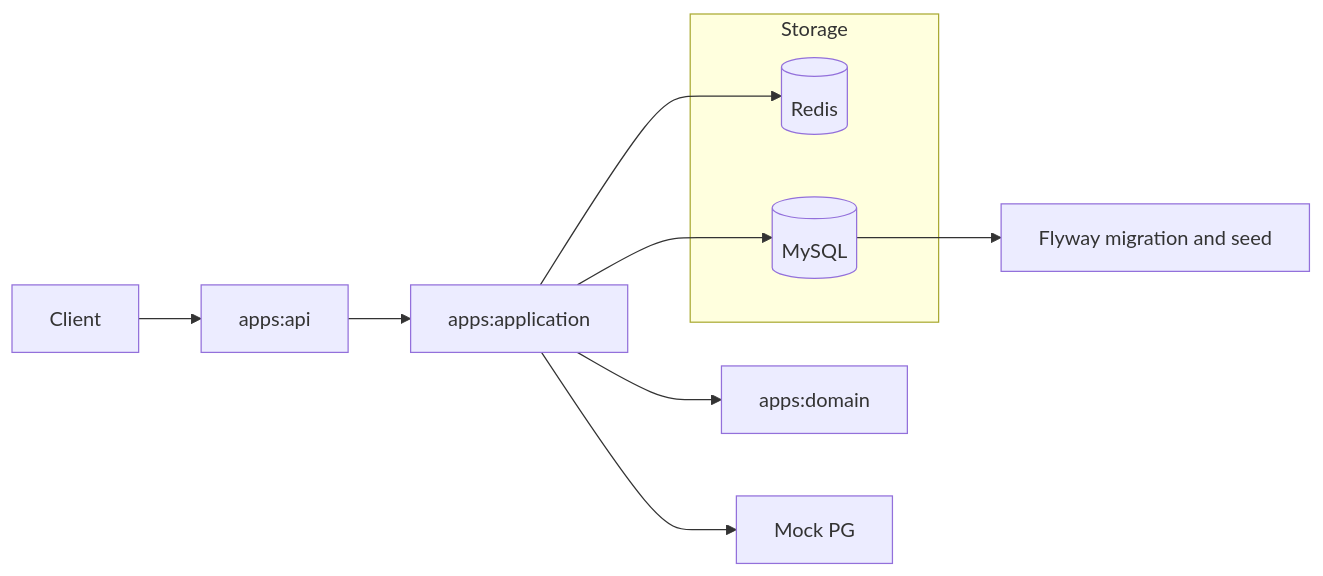
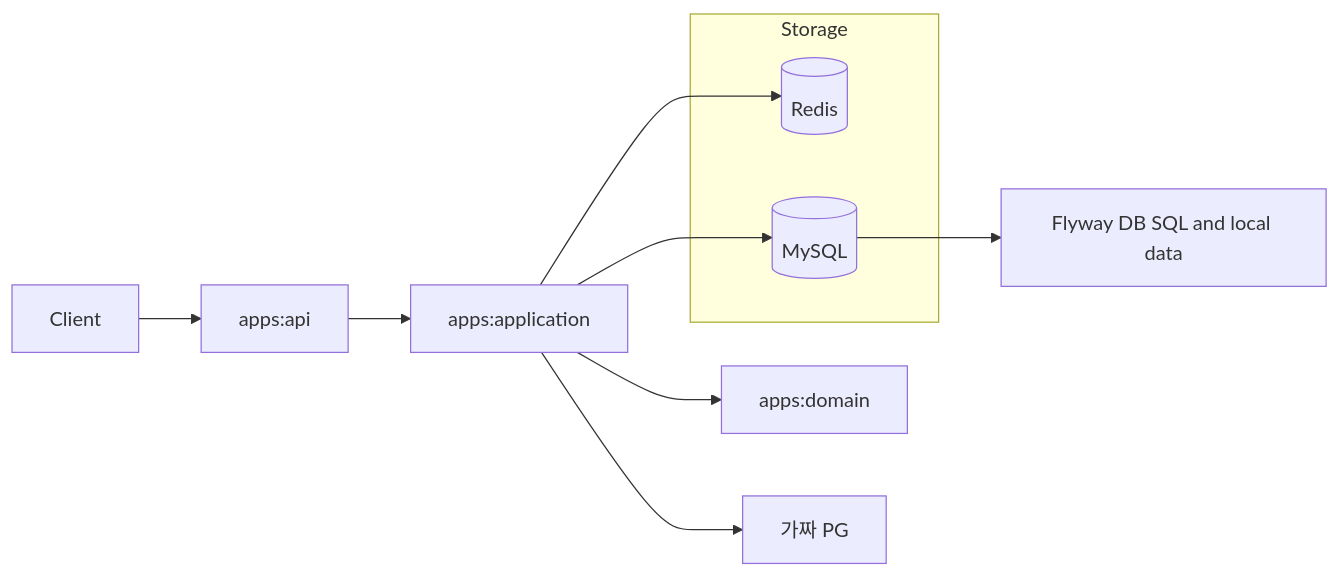
The first of 4 diagrams in README.md (char-yb/fcfs-reservation-system), drawn with Mermaid before and after one commit. The commit also changed other lines of this file and 7 other files, not shown here.

````diff
--- a/README.md
+++ b/README.md
@@ -47,15 +47,15 @@
 ```mermaid
 flowchart LR
     Client[Client] --> API[apps:api]
     API --> App[apps:application]
     App --> Domain[apps:domain]
     App --> Redis[(Redis)]
     App --> RDB[(MySQL)]
-    App --> PG[Mock PG]
-    RDB --> Flyway[Flyway migration and seed]
+    App --> PG[가짜 PG]
+    RDB --> Flyway[Flyway DB SQL and local data]
 
     subgraph Storage
         Redis
         RDB
     end
 ```
````
